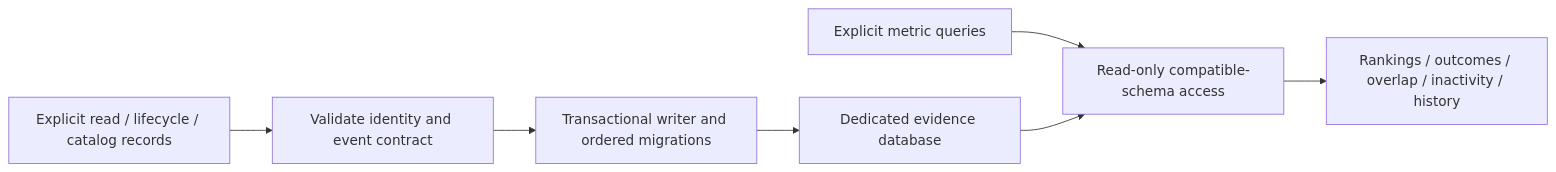
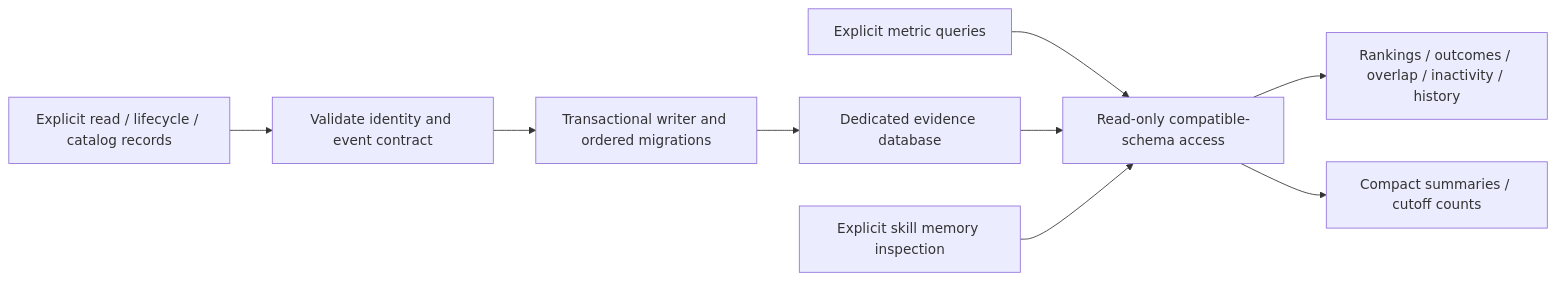
One commit to i-9-ai/skills changed the fifth of 7 diagrams in docs/Architecture.md. Above: the diagram before and after it, drawn with Mermaid. The commit also changed other lines of this file and 20 other files, not shown here.

Commit message:
feat: inspect compact skill evidence summaries and retention cutoffs

````diff
--- a/docs/Architecture.md
+++ b/docs/Architecture.md
@@ -128,9 +128,11 @@
 ```mermaid
 flowchart LR
     Records[Explicit read / lifecycle / catalog records] --> Validate[Validate identity and event contract]
     Validate --> Writer[Transactional writer and ordered migrations]
     Writer --> Store[Dedicated evidence database]
     Queries[Explicit metric queries] --> Reader[Read-only compatible-schema access]
     Store --> Reader
     Reader --> Reports[Rankings / outcomes / overlap / inactivity / history]
+    Memory[Explicit skill memory inspection] --> Reader
+    Reader --> Inspection[Compact summaries / cutoff counts]
 ```
````
